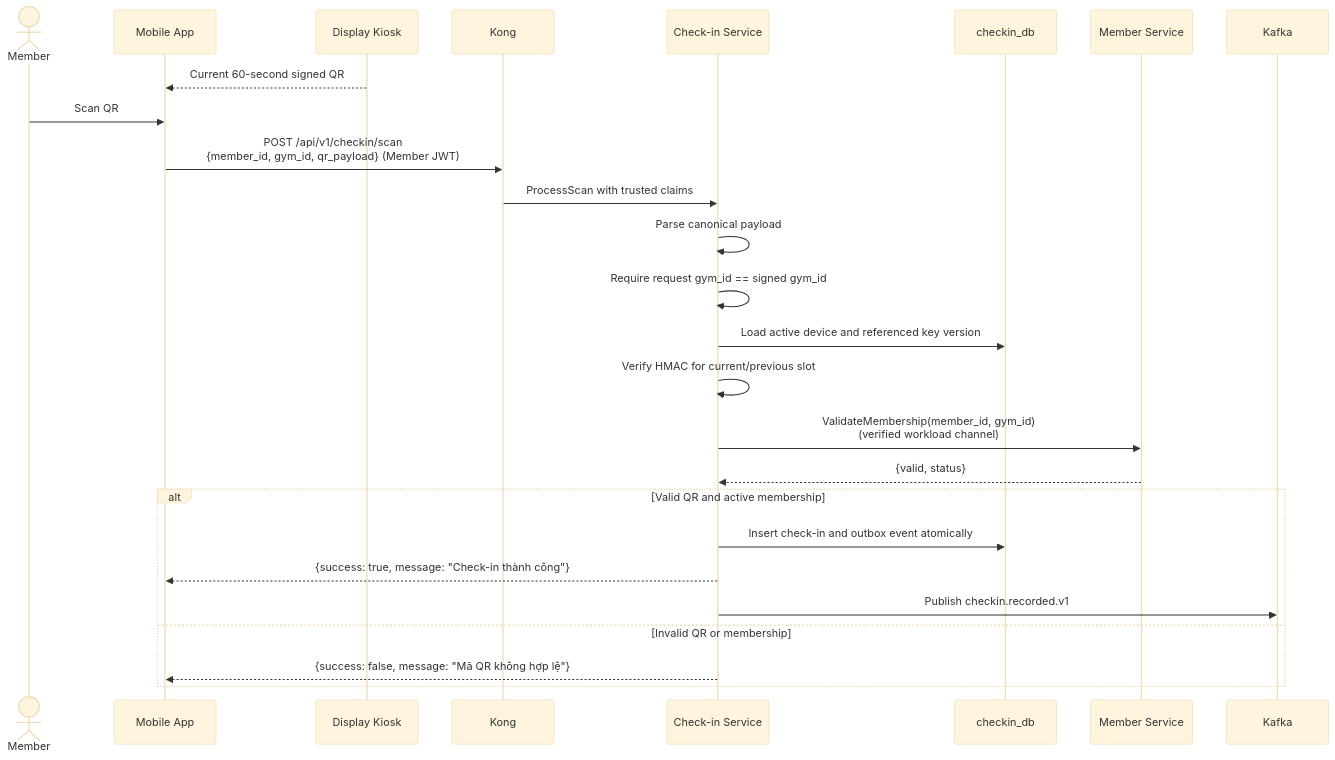
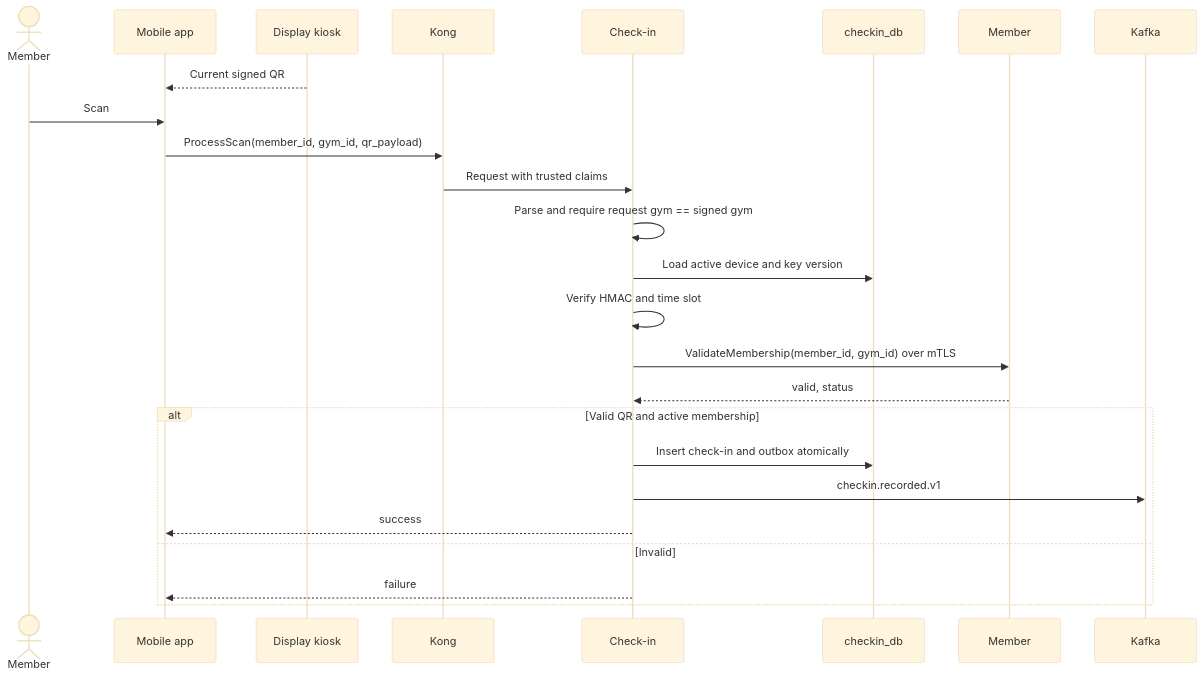
One commit to pploc/gym-architect changed the second of 2 diagrams in services/06-ms-gym-checkin.md. Above: the diagram before and after it, drawn with Mermaid (base theme). The commit also changed other lines of this file and 16 other files, not shown here.

First line of the commit message:
docs: freeze Plans split roadmap through G8

````diff
--- a/services/06-ms-gym-checkin.md
+++ b/services/06-ms-gym-checkin.md
@@ -131,30 +95,28 @@
 ```mermaid
 sequenceDiagram
     actor M as Member
-    participant APP as Mobile App
-    participant D as Display Kiosk
+    participant APP as Mobile app
+    participant D as Display kiosk
     participant K as Kong
-    participant CS as Check-in Service
+    participant CS as Check-in
     participant DB as checkin_db
-    participant MS as Member Service
+    participant MB as Member
     participant KF as Kafka
 
-    D-->>APP: Current 60-second signed QR
-    M->>APP: Scan QR
-    APP->>K: POST /api/v1/checkin/scan<br/>{member_id, gym_id, qr_payload} (Member JWT)
-    K->>CS: ProcessScan with trusted claims
-    CS->>CS: Parse canonical payload
-    CS->>CS: Require request gym_id == signed gym_id
-    CS->>DB: Load active device and referenced key version
-    CS->>CS: Verify HMAC for current/previous slot
-    CS->>MS: ValidateMembership(member_id, gym_id)<br/>(verified workload channel)
-    MS-->>CS: {valid, status}
-
+    D-->>APP: Current signed QR
+    M->>APP: Scan
+    APP->>K: ProcessScan(member_id, gym_id, qr_payload)
+    K->>CS: Request with trusted claims
+    CS->>CS: Parse and require request gym == signed gym
+    CS->>DB: Load active device and key version
+    CS->>CS: Verify HMAC and time slot
+    CS->>MB: ValidateMembership(member_id, gym_id) over mTLS
+    MB-->>CS: valid, status
     alt Valid QR and active membership
-        CS->>DB: Insert check-in and outbox event atomically
-        CS-->>APP: {success: true, message: "Check-in thành công"}
-        CS->>KF: Publish checkin.recorded.v1
-    else Invalid QR or membership
-        CS-->>APP: {success: false, message: "Mã QR không hợp lệ"}
+        CS->>DB: Insert check-in and outbox atomically
+        CS->>KF: checkin.recorded.v1
+        CS-->>APP: success
+    else Invalid
+        CS-->>APP: failure
     end
 ```
````
